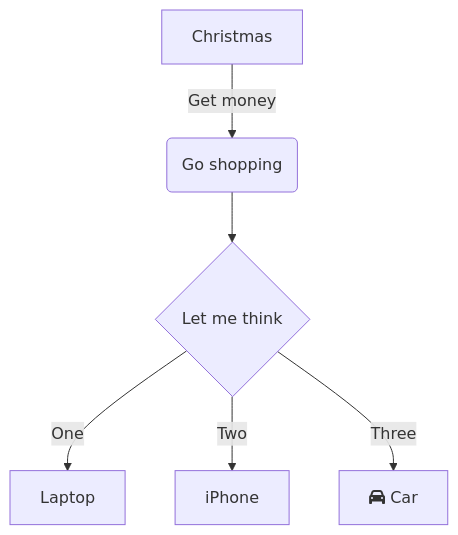
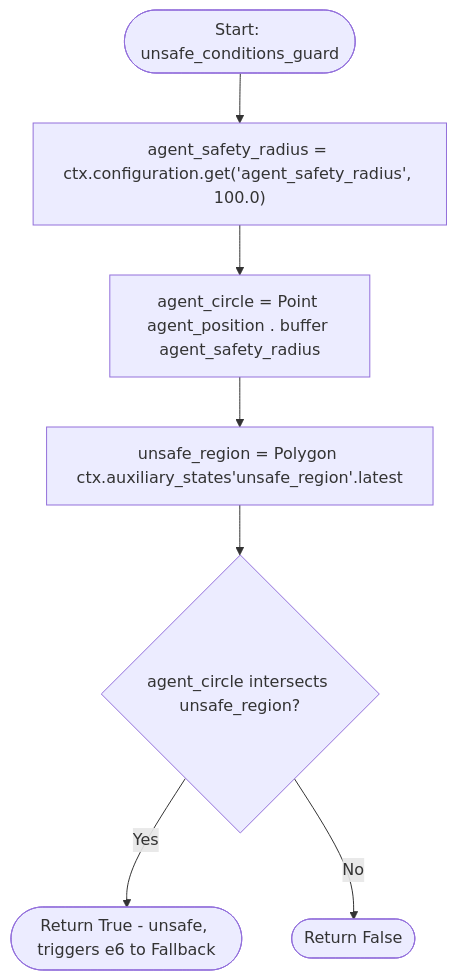
One commit to rymc-dev/colav-automaton changed the diagram in docs/guards/unsafe_conditions_guard.mmd. Above: the diagram before and after it, drawn with Mermaid. The commit also changed 51 other files, not shown here.

```diff
--- a/docs/guards/unsafe_conditions_guard.mmd
+++ b/docs/guards/unsafe_conditions_guard.mmd
@@ -1,6 +1,7 @@
 flowchart TD
-    A[Christmas] -->|Get money| B(Go shopping)
-    B --> C{Let me think}
-    C -->|One| D[Laptop]
-    C -->|Two| E[iPhone]
-    C -->|Three| F[fa:fa-car Car]
+    A([Start: unsafe_conditions_guard]) --> B["agent_safety_radius = ctx.configuration.get('agent_safety_radius', 100.0)"]
+    B --> C[agent_circle = Point agent_position . buffer agent_safety_radius]
+    C --> D[unsafe_region = Polygon ctx.auxiliary_states'unsafe_region'.latest]
+    D --> E{agent_circle intersects unsafe_region?}
+    E -->|Yes| F([Return True - unsafe, triggers e6 to Fallback])
+    E -->|No| G([Return False])
```
